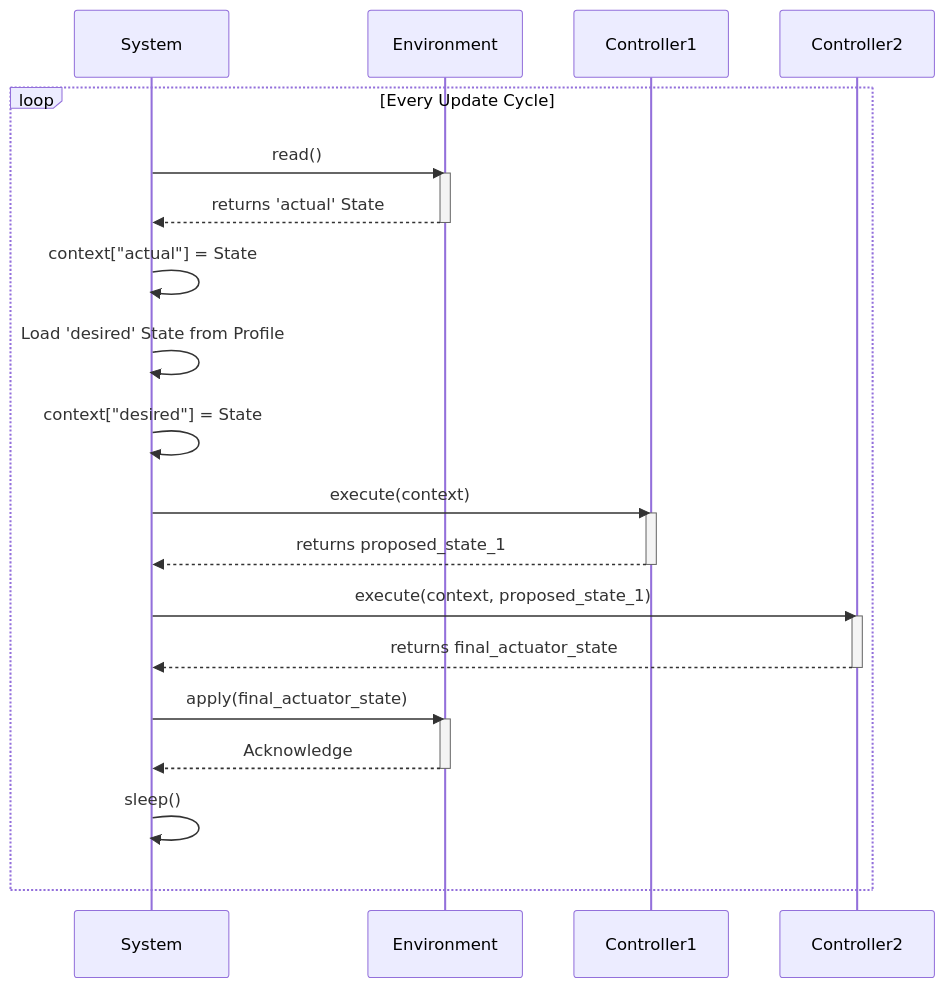
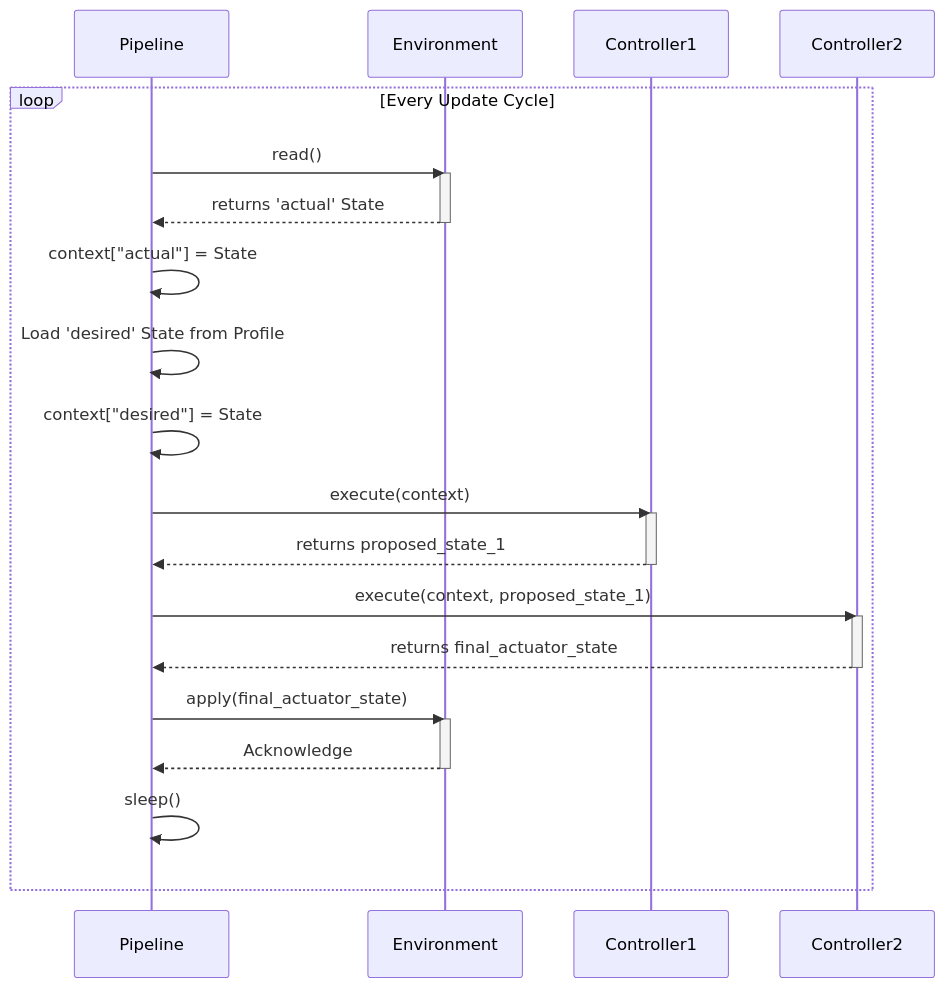
One commit to johnwbyrd/aifand changed the first of 2 diagrams in doc/architecture.md. Above: the diagram before and after it, drawn with Mermaid. The commit also changed other lines of this file, not shown here.

Commit message:
Clean up Claude's mess and restructure architecture.md again

````diff
--- a/doc/architecture.md
+++ b/doc/architecture.md
@@ -165,35 +99,35 @@
 ```mermaid
 sequenceDiagram
-    participant System
+    participant Pipeline
     participant Environment
     participant Controller1
     participant Controller2
 
     loop Every Update Cycle
-        System->>Environment: read()
+        Pipeline->>Environment: read()
         activate Environment
-        Environment-->>System: returns 'actual' State
+        Environment-->>Pipeline: returns 'actual' State
         deactivate Environment
-        System->>System: context["actual"] = State
+        Pipeline->>Pipeline: context["actual"] = State
 
-        System->>System: Load 'desired' State from Profile
-        System->>System: context["desired"] = State
+        Pipeline->>Pipeline: Load 'desired' State from Profile
+        Pipeline->>Pipeline: context["desired"] = State
 
-        System->>Controller1: execute(context)
+        Pipeline->>Controller1: execute(context)
         activate Controller1
-        Controller1-->>System: returns proposed_state_1
+        Controller1-->>Pipeline: returns proposed_state_1
         deactivate Controller1
         
-        System->>Controller2: execute(context, proposed_state_1)
+        Pipeline->>Controller2: execute(context, proposed_state_1)
         activate Controller2
-        Controller2-->>System: returns final_actuator_state
+        Controller2-->>Pipeline: returns final_actuator_state
         deactivate Controller2
 
-        System->>Environment: apply(final_actuator_state)
+        Pipeline->>Environment: apply(final_actuator_state)
         activate Environment
-        Environment-->>System: Acknowledge
+        Environment-->>Pipeline: Acknowledge
         deactivate Environment
         
-        System->>System: sleep()
+        Pipeline->>Pipeline: sleep()
     end
 ```
````
